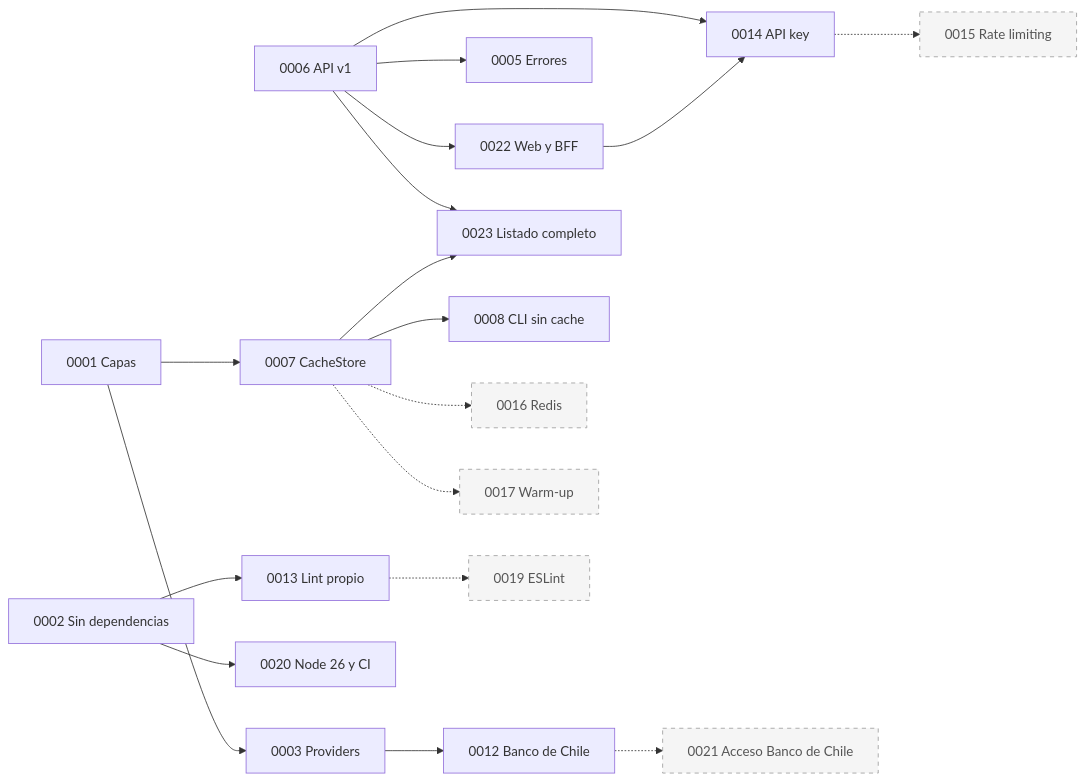
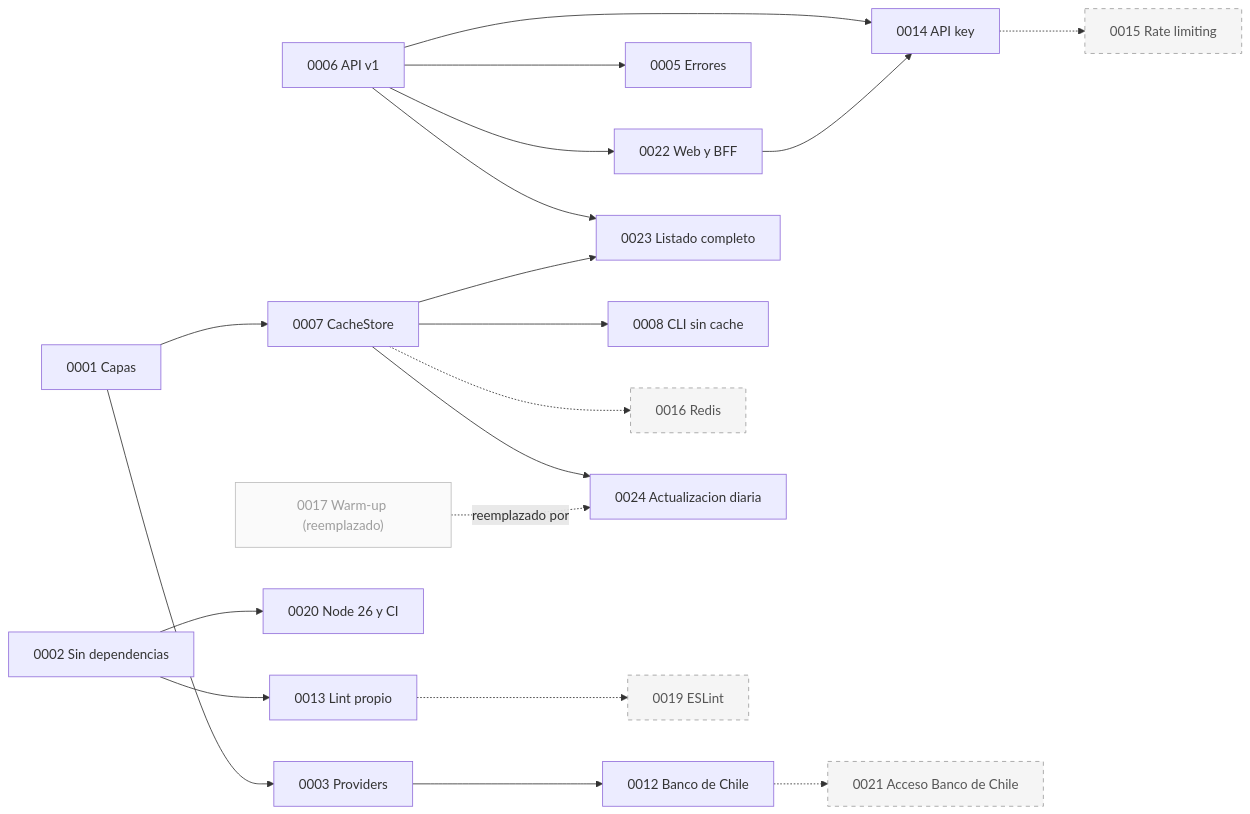
Before and after one commit to sebcld/benefits-aggregator-cl: the diagram in docs/adr/README.md, drawn with Mermaid. The commit also changed other lines of this file and 9 other files, not shown here.

First line of the commit message:
docs: ADR 0024 y documentacion de la actualizacion diaria

````diff
--- a/docs/adr/README.md
+++ b/docs/adr/README.md
@@ -37,23 +38,26 @@
 ```mermaid
 flowchart LR
   a0001["0001 Capas"] --> a0003["0003 Providers"]
   a0001 --> a0007["0007 CacheStore"]
   a0002["0002 Sin dependencias"] --> a0013["0013 Lint propio"]
   a0002 --> a0020["0020 Node 26 y CI"]
   a0003 --> a0012["0012 Banco de Chile"]
   a0006["0006 API v1"] --> a0005["0005 Errores"]
   a0006 --> a0022["0022 Web y BFF"]
   a0006 --> a0023["0023 Listado completo"]
   a0007 --> a0023
   a0007 --> a0008["0008 CLI sin cache"]
   a0007 -.-> p0016["0016 Redis"]
-  a0007 -.-> p0017["0017 Warm-up"]
+  a0007 --> a0024["0024 Actualizacion diaria"]
+  r0017["0017 Warm-up (reemplazado)"] -.->|reemplazado por| a0024
   a0006 --> a0014["0014 API key"]
   a0022 --> a0014
   a0014 -.-> p0015["0015 Rate limiting"]
   a0012 -.-> p0021["0021 Acceso Banco de Chile"]
   a0013 -.-> p0019["0019 ESLint"]
 
   classDef propuesto fill:#f5f5f5,stroke:#9e9e9e,stroke-dasharray:5 5,color:#555555
-  class p0015,p0016,p0017,p0019,p0021 propuesto
+  classDef reemplazado fill:#fafafa,stroke:#bdbdbd,color:#9e9e9e
+  class p0015,p0016,p0019,p0021 propuesto
+  class r0017 reemplazado
 ```
````
